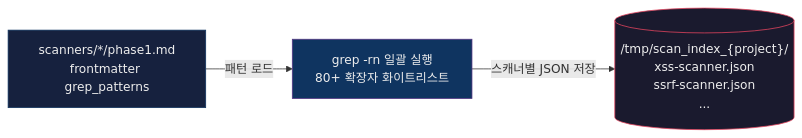
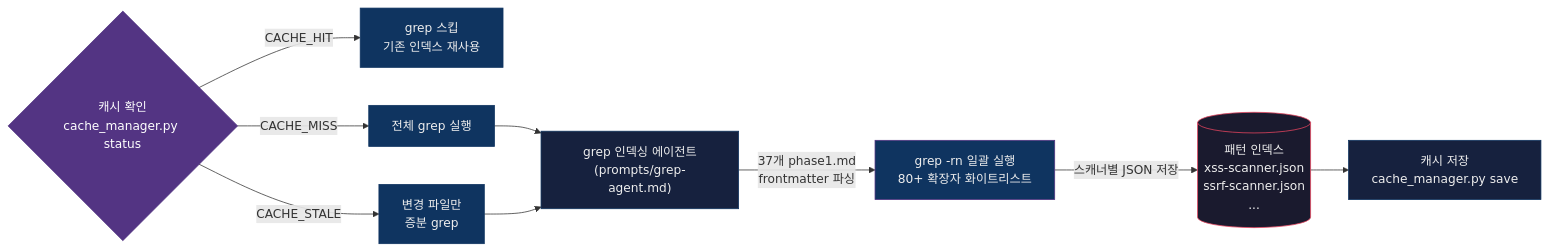
The second of 5 diagrams in README.md (nomarlhack/noah-sast), drawn with Mermaid before and after one commit. The commit also changed other lines of this file, not shown here.

````diff
--- a/README.md
+++ b/README.md
@@ -87,9 +87,22 @@
 ```mermaid
 flowchart LR
-    Skills["scanners/*/phase1.md\nfrontmatter grep_patterns"] -->|패턴 로드| Grep["grep -rn 일괄 실행\n80+ 확장자 화이트리스트"]
-    Grep -->|스캐너별 JSON 저장| Dir[("/tmp/scan_index_{project}/\nxss-scanner.json\nssrf-scanner.json\n...")]
+    Cache{"캐시 확인\ncache_manager.py status"}
+    Cache -->|CACHE_HIT| Skip["grep 스킵\n기존 인덱스 재사용"]
+    Cache -->|CACHE_STALE| Inc["변경 파일만\n증분 grep"]
+    Cache -->|CACHE_MISS| Full["전체 grep 실행"]
 
-    style Skills fill:#16213e,stroke:#0f3460,color:#eee
+    Full --> Agent["grep 인덱싱 에이전트\n(prompts/grep-agent.md)"]
+    Inc --> Agent
+    Agent -->|"37개 phase1.md\nfrontmatter 파싱"| Grep["grep -rn 일괄 실행\n80+ 확장자 화이트리스트"]
+    Grep -->|스캐너별 JSON 저장| Dir[("패턴 인덱스\nxss-scanner.json\nssrf-scanner.json\n...")]
+    Dir --> Save["캐시 저장\ncache_manager.py save"]
+
+    style Cache fill:#533483,stroke:#533483,color:#fff
+    style Agent fill:#16213e,stroke:#0f3460,color:#eee
     style Grep fill:#0f3460,stroke:#533483,color:#eee
     style Dir fill:#1a1a2e,stroke:#e94560,color:#eee
+    style Skip fill:#0f3460,stroke:#0f3460,color:#eee
+    style Inc fill:#0f3460,stroke:#0f3460,color:#eee
+    style Full fill:#0f3460,stroke:#0f3460,color:#eee
+    style Save fill:#16213e,stroke:#0f3460,color:#eee
 ```
````
